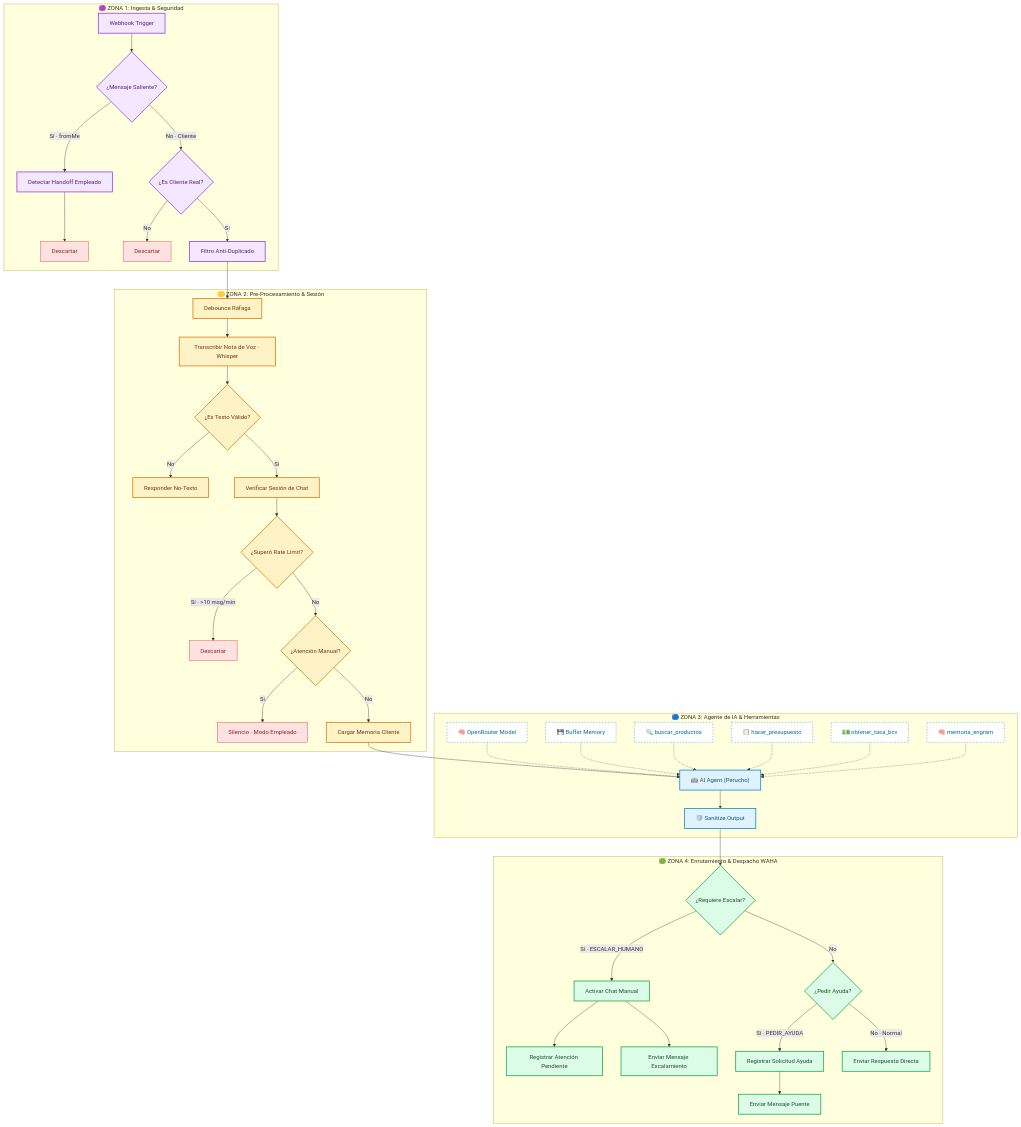
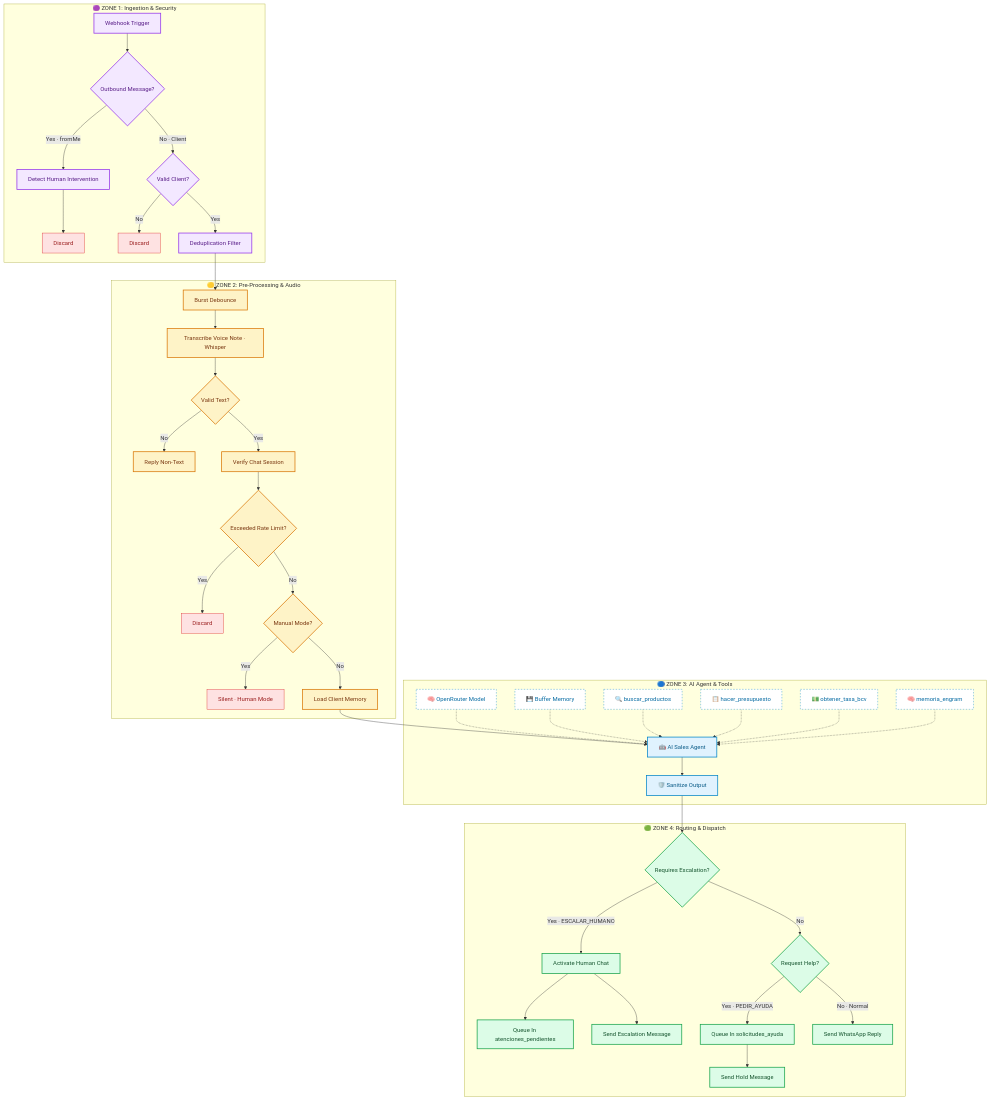
One commit to Gus2708/whatsapp-agent changed the second of 2 diagrams in README.md. Above: the diagram before and after it, drawn with Mermaid. The commit also changed other lines of this file and 62 other files, not shown here.

Commit message:
feat(core): decouple store branding into white-label open-source architecture

````diff
--- a/README.md
+++ b/README.md
@@ -98,54 +121,54 @@
 ```mermaid
 flowchart TD
     classDef z1 fill:#f3e8ff,stroke:#9333ea,stroke-width:2px,color:#581c87;
     classDef z2 fill:#fef3c7,stroke:#d97706,stroke-width:2px,color:#78350f;
     classDef z3 fill:#e0f2fe,stroke:#0284c7,stroke-width:2px,color:#075985;
     classDef z4 fill:#dcfce7,stroke:#16a34a,stroke-width:2px,color:#14532d;
     classDef tool fill:#ffffff,stroke:#0284c7,stroke-dasharray: 4 4,color:#0369a1;
     classDef drop fill:#fee2e2,stroke:#dc2626,stroke-width:1px,color:#991b1b;
 
-    subgraph ZONA1["🟣 ZONA 1: Ingesta & Seguridad"]
-        W[Webhook Trigger]:::z1 --> S{¿Mensaje Saliente?}:::z1
-        S -->|Sí · fromMe| DH[Detectar Handoff Empleado]:::z1 --> D1[Descartar]:::drop
-        S -->|No · Cliente| CR{¿Es Cliente Real?}:::z1
-        CR -->|No| D2[Descartar]:::drop
-        CR -->|Sí| AD[Filtro Anti-Duplicado]:::z1
+    subgraph ZONA1["🟣 ZONE 1: Ingestion & Security"]
+        W[Webhook Trigger]:::z1 --> S{Outbound Message?}:::z1
+        S -->|Yes · fromMe| DH[Detect Human Intervention]:::z1 --> D1[Discard]:::drop
+        S -->|No · Client| CR{Valid Client?}:::z1
+        CR -->|No| D2[Discard]:::drop
+        CR -->|Yes| AD[Deduplication Filter]:::z1
     end
 
-    subgraph ZONA2["🟡 ZONA 2: Pre-Procesamiento & Sesión"]
-        AD --> DB[Debounce Ráfaga]:::z2
-        DB --> WH[Transcribir Nota de Voz · Whisper]:::z2
-        WH --> TXT{¿Es Texto Válido?}:::z2
-        TXT -->|No| RNT[Responder No-Texto]:::z2
-        TXT -->|Sí| CS[Verificar Sesión de Chat]:::z2
-        CS --> RL{¿Superó Rate Limit?}:::z2
-        RL -->|Sí · >10 msg/min| RLD[Descartar]:::drop
-        RL -->|No| MH{¿Atención Manual?}:::z2
-        MH -->|Sí| MHA[Silencio · Modo Empleado]:::drop
-        MH -->|No| CM[Cargar Memoria Cliente]:::z2
+    subgraph ZONA2["🟡 ZONE 2: Pre-Processing & Audio"]
+        AD --> DB[Burst Debounce]:::z2
+        DB --> WH[Transcribe Voice Note · Whisper]:::z2
+        WH --> TXT{Valid Text?}:::z2
+        TXT -->|No| RNT[Reply Non-Text]:::z2
+        TXT -->|Yes| CS[Verify Chat Session]:::z2
+        CS --> RL{Exceeded Rate Limit?}:::z2
+        RL -->|Yes| RLD[Discard]:::drop
+        RL -->|No| MH{Manual Mode?}:::z2
+        MH -->|Yes| MHA[Silent · Human Mode]:::drop
+        MH -->|No| CM[Load Client Memory]:::z2
     end
 
-    subgraph ZONA3["🔵 ZONA 3: Agente de IA & Herramientas"]
-        CM --> AGENT["🤖 AI Agent (Perucho)"]:::z3
+    subgraph ZONA3["🔵 ZONE 3: AI Agent & Tools"]
+        CM --> AGENT["🤖 AI Sales Agent"]:::z3
         
         MODEL["🧠 OpenRouter Model"]:::tool -.-> AGENT
         MEM["💾 Buffer Memory"]:::tool -.-> AGENT
         T1["🔍 buscar_productos"]:::tool -.-> AGENT
         T2["📋 hacer_presupuesto"]:::tool -.-> AGENT
         T3["💵 obtener_tasa_bcv"]:::tool -.-> AGENT
         T4["🧠 memoria_engram"]:::tool -.-> AGENT
         
         AGENT --> SAN["🛡️ Sanitize Output"]:::z3
     end
 
-    subgraph ZONA4["🟢 ZONA 4: Enrutamiento & Despacho WAHA"]
-        SAN --> ESC{¿Requiere Escalar?}:::z4
-        ESC -->|Sí · ESCALAR_HUMANO| MAN[Activar Chat Manual]:::z4
-        MAN --> AP[Registrar Atención Pendiente]:::z4
-        MAN --> WA_ESC[Enviar Mensaje Escalamiento]:::z4
+    subgraph ZONA4["🟢 ZONE 4: Routing & Dispatch"]
+        SAN --> ESC{Requires Escalation?}:::z4
+        ESC -->|Yes · ESCALAR_HUMANO| MAN[Activate Human Chat]:::z4
+        MAN --> AP[Queue In atenciones_pendientes]:::z4
+        MAN --> WA_ESC[Send Escalation Message]:::z4
         
-        ESC -->|No| AYU{¿Pedir Ayuda?}:::z4
-        AYU -->|Sí · PEDIR_AYUDA| SA[Registrar Solicitud Ayuda]:::z4 --> WA_AYU[Enviar Mensaje Puente]:::z4
-        AYU -->|No · Normal| WA_RESP[Enviar Respuesta Directa]:::z4
+        ESC -->|No| AYU{Request Help?}:::z4
+        AYU -->|Yes · PEDIR_AYUDA| SA[Queue In solicitudes_ayuda]:::z4 --> WA_AYU[Send Hold Message]:::z4
+        AYU -->|No · Normal| WA_RESP[Send WhatsApp Reply]:::z4
     end
 ```
````
